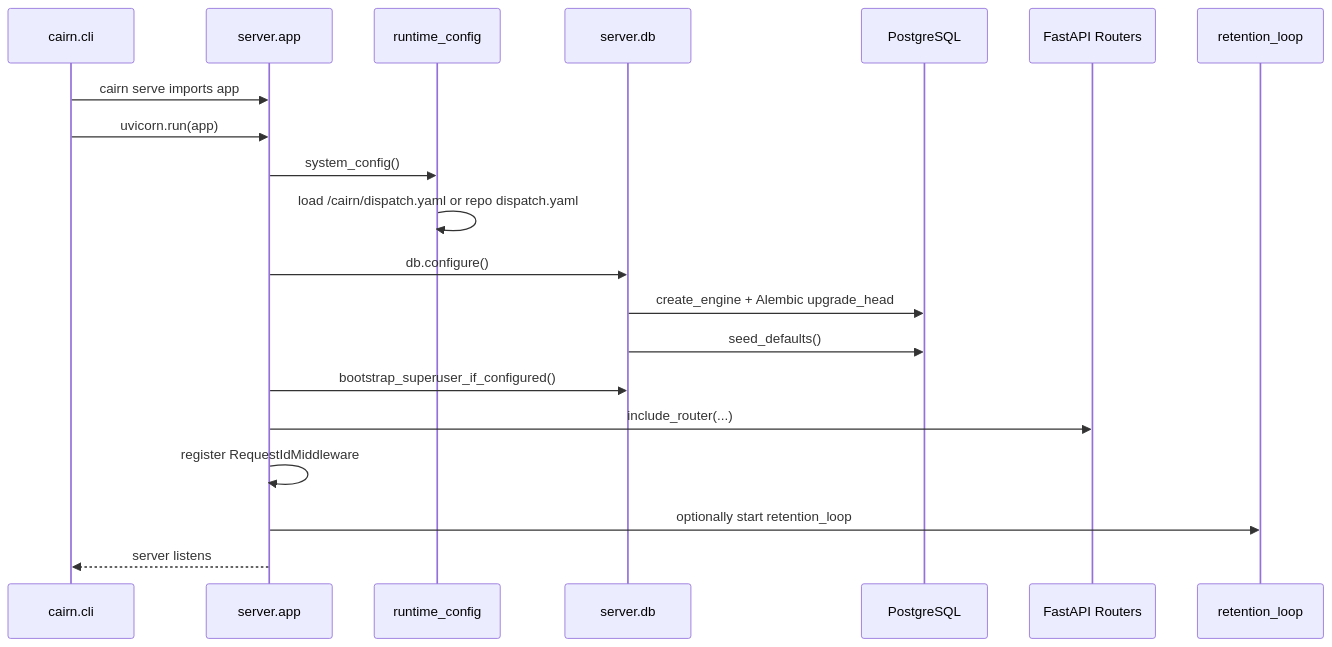
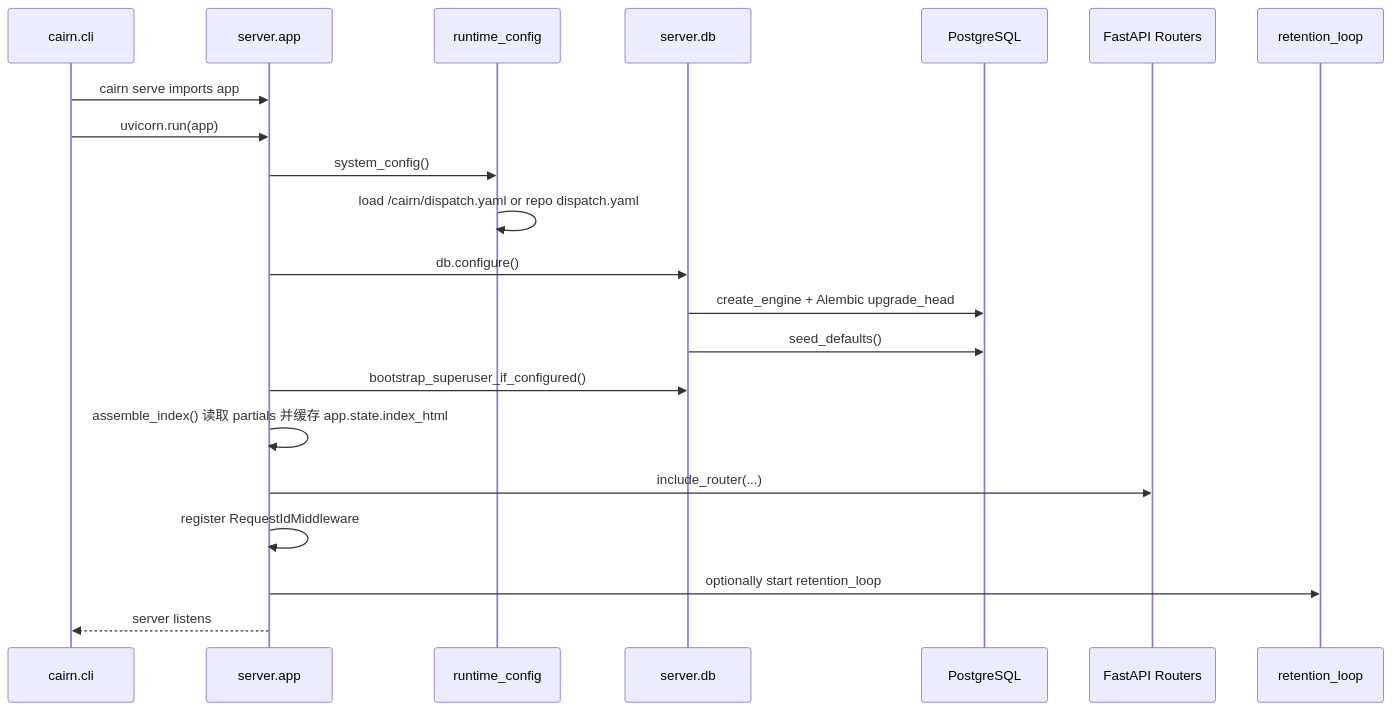
Before and after one commit to j7ur8/Cairn: the second of 4 diagrams in AI/ARCHITECTURE.md, drawn with Mermaid. The commit also changed other lines of this file and 8 other files, not shown here.

````diff
--- a/AI/ARCHITECTURE.md
+++ b/AI/ARCHITECTURE.md
@@ -76,23 +76,24 @@
 ```mermaid
 sequenceDiagram
     participant CLI as cairn.cli
     participant App as server.app
     participant Config as runtime_config
     participant DB as server.db
     participant PG as PostgreSQL
     participant Router as FastAPI Routers
     participant Retention as retention_loop
 
     CLI->>App: cairn serve imports app
     CLI->>App: uvicorn.run(app)
     App->>Config: system_config()
     Config->>Config: load /cairn/dispatch.yaml or repo dispatch.yaml
     App->>DB: db.configure()
     DB->>PG: create_engine + Alembic upgrade_head
     DB->>PG: seed_defaults()
     App->>DB: bootstrap_superuser_if_configured()
+    App->>App: assemble_index() 读取 partials 并缓存 app.state.index_html
     App->>Router: include_router(...)
     App->>App: register RequestIdMiddleware
     App->>Retention: optionally start retention_loop
     App-->>CLI: server listens
 ```
````
